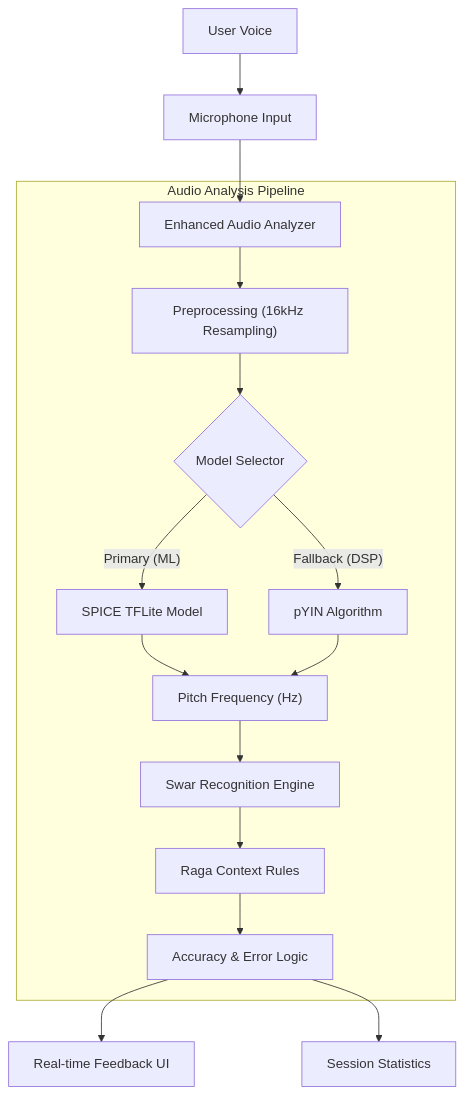
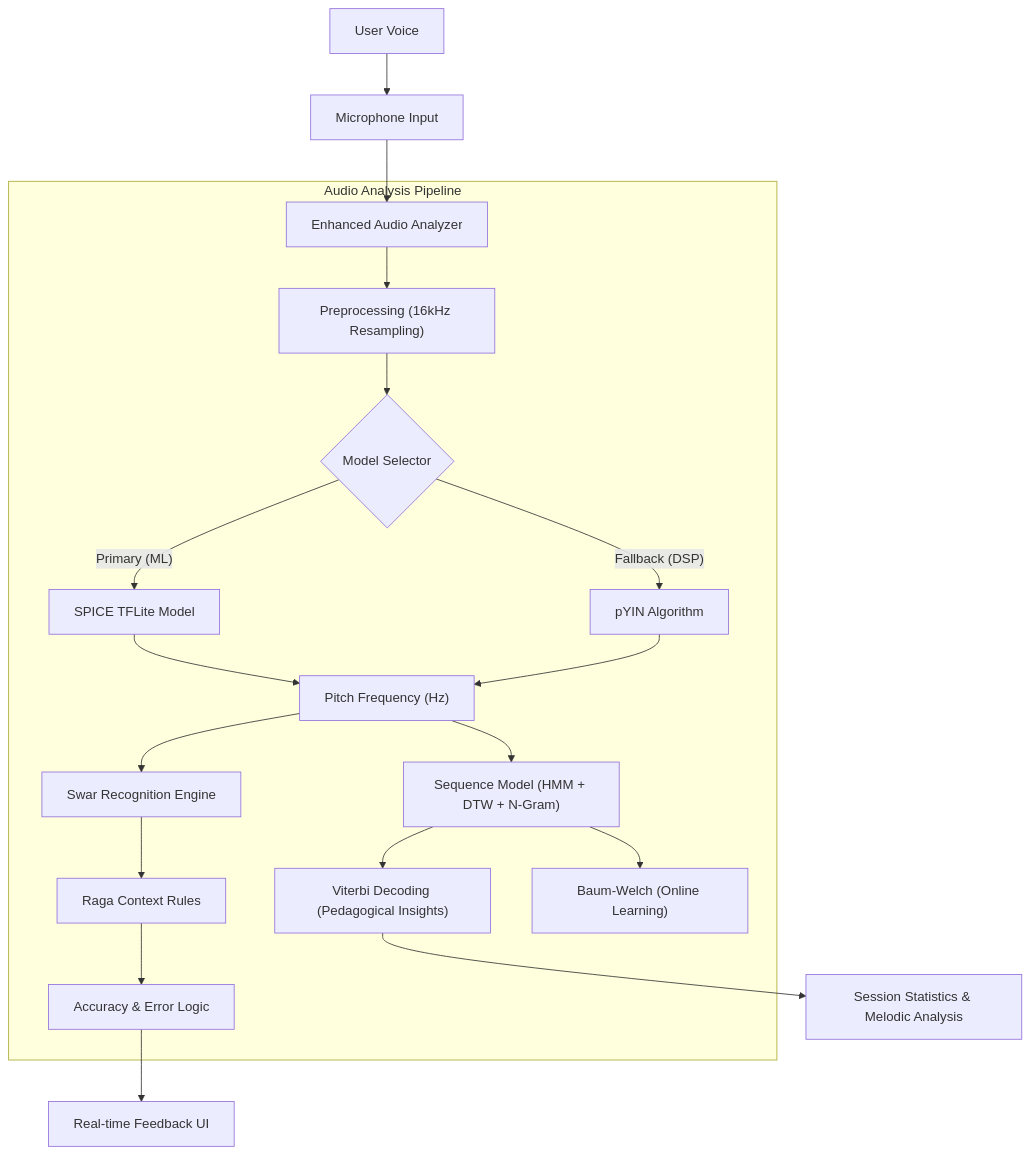
Before and after one commit to Soumya-Chakraborty/Riwaz: the first of 2 diagrams in README.md, drawn with Mermaid. The commit also changed other lines of this file and 9 other files, not shown here.

Commit message:
feat: implement sequence analysis engine using HMM, N-gram, and DTW for enhanced raga melodic adherence evaluation

````diff
--- a/README.md
+++ b/README.md
@@ -35,23 +35,27 @@
 ```mermaid
 graph TD
     User[User Voice] --> Mic[Microphone Input]
     Mic --> AudioEngine[Enhanced Audio Analyzer]
     
     subgraph "Audio Analysis Pipeline"
         AudioEngine --> Pre["Preprocessing (16kHz Resampling)"]
         Pre --> Selector{Model Selector}
         
         Selector -- "Primary (ML)" --> SPICE["SPICE TFLite Model"]
         Selector -- "Fallback (DSP)" --> pYIN["pYIN Algorithm"]
         
         SPICE --> Pitch["Pitch Frequency (Hz)"]
         pYIN --> Pitch
         
         Pitch --> SwarEngine["Swar Recognition Engine"]
         SwarEngine --> Context["Raga Context Rules"]
         Context --> Comparison["Accuracy & Error Logic"]
+        
+        Pitch --> SequenceModel["Sequence Model (HMM + DTW + N-Gram)"]
+        SequenceModel --> Viterbi["Viterbi Decoding (Pedagogical Insights)"]
+        SequenceModel --> BaumWelch["Baum-Welch (Online Learning)"]
     end
     
     Comparison --> UI[Real-time Feedback UI]
-    Comparison --> Session[Session Statistics]
+    Viterbi --> Session[Session Statistics & Melodic Analysis]
 ```
````
